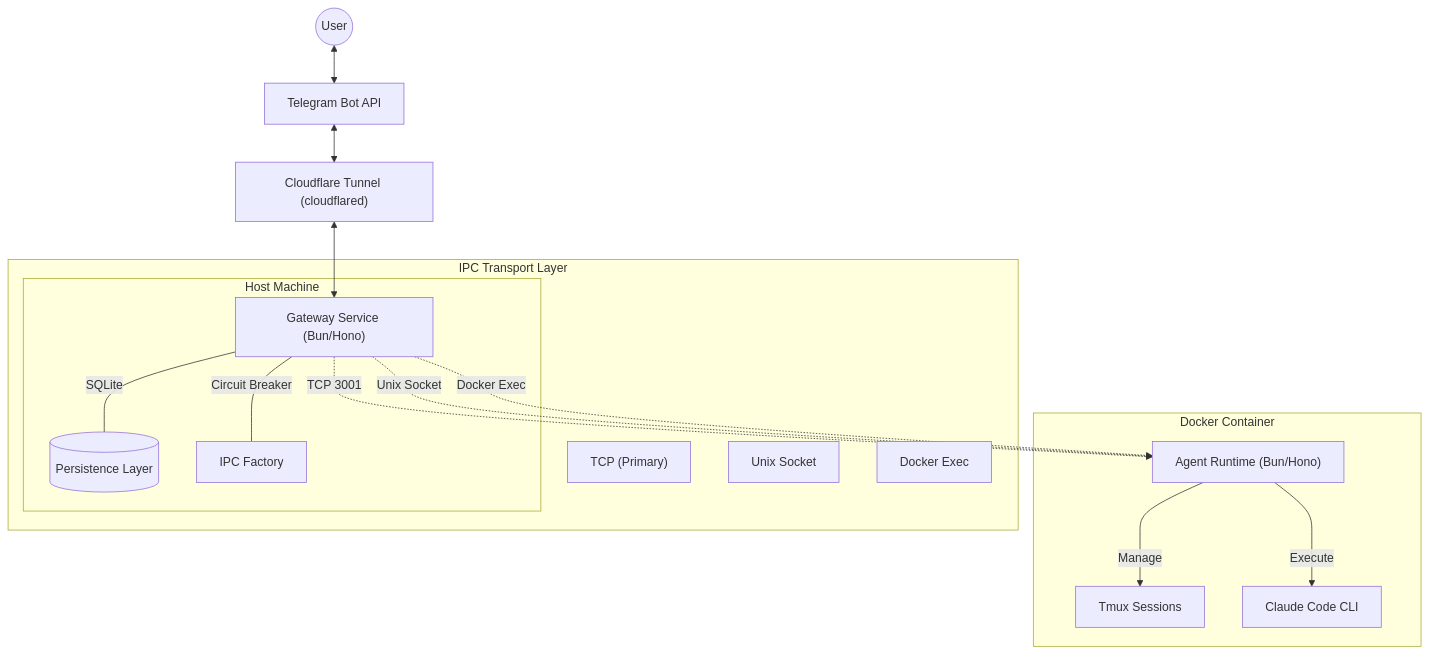
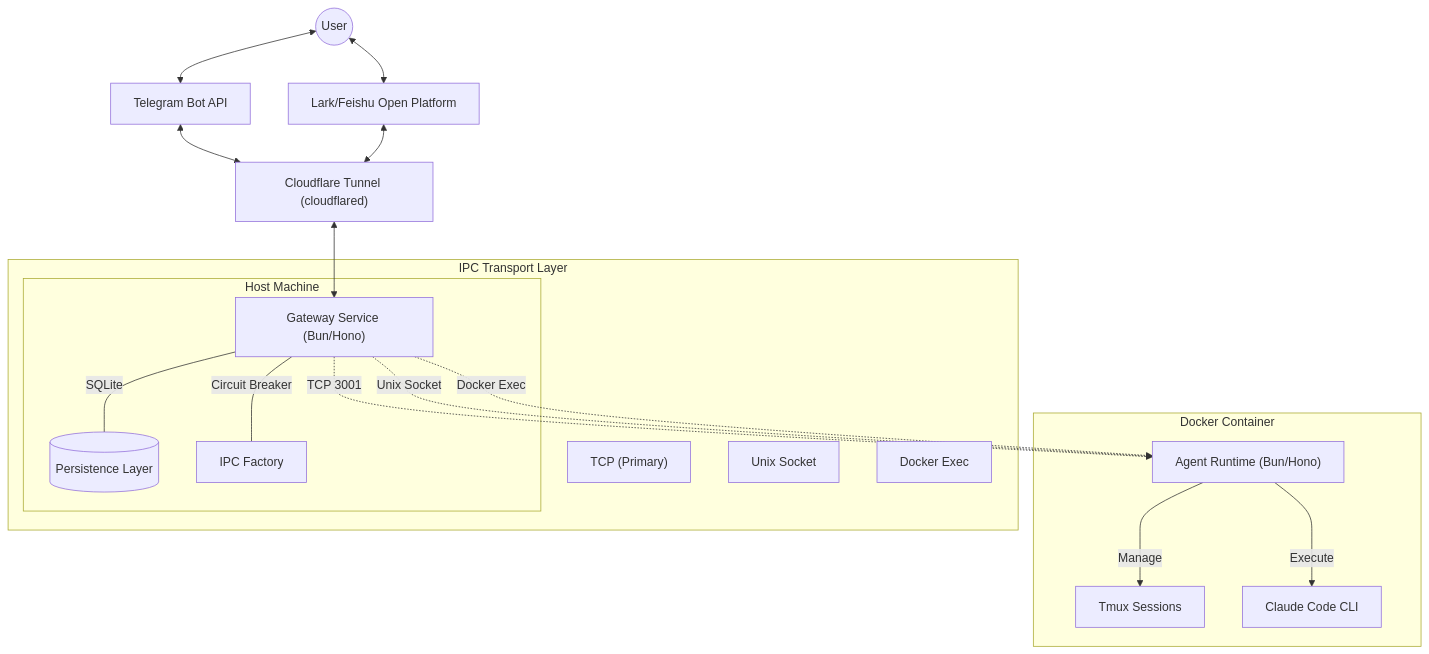
Before and after one commit to robinmin/cc-bridge: the first of 4 diagrams in docs/ARCHITECTURE_SPEC.md, drawn with Mermaid. The commit also changed other lines of this file, not shown here.

Commit message:
feat(lark): add lark as a new channel

````diff
--- a/docs/ARCHITECTURE_SPEC.md
+++ b/docs/ARCHITECTURE_SPEC.md
@@ -25,34 +25,36 @@
 ```mermaid
 graph TD
     User((User)) <--> Telegram["Telegram Bot API"]
+    User <--> Lark["Lark/Feishu Open Platform"]
     Telegram <--> CF["Cloudflare Tunnel (cloudflared)"]
+    Lark <--> CF
     CF <--> Gateway["Gateway Service (Bun/Hono)"]
 
     Gateway ---|SQLite| DB[("Persistence Layer")]
     Gateway ---|Circuit Breaker| IPC["IPC Factory"]
 
     subgraph Host["Host Machine"]
         Gateway
         DB
         IPC
     end
 
     subgraph Container["Docker Container"]
         Agent["Agent Runtime (Bun/Hono)"]
         Tmux["Tmux Sessions"]
         Claude["Claude Code CLI"]
     end
 
     subgraph IPC_Methods["IPC Transport Layer"]
         TCP["TCP (Primary)"]
         Unix["Unix Socket"]
         Exec["Docker Exec"]
         Host["Host Mode"]
     end
 
     Gateway -.->|TCP 3001| Agent
     Gateway -.->|Unix Socket| Agent
     Gateway -.->|Docker Exec| Agent
     Agent -->|Execute| Claude
     Agent -->|Manage| Tmux
 ```
````
